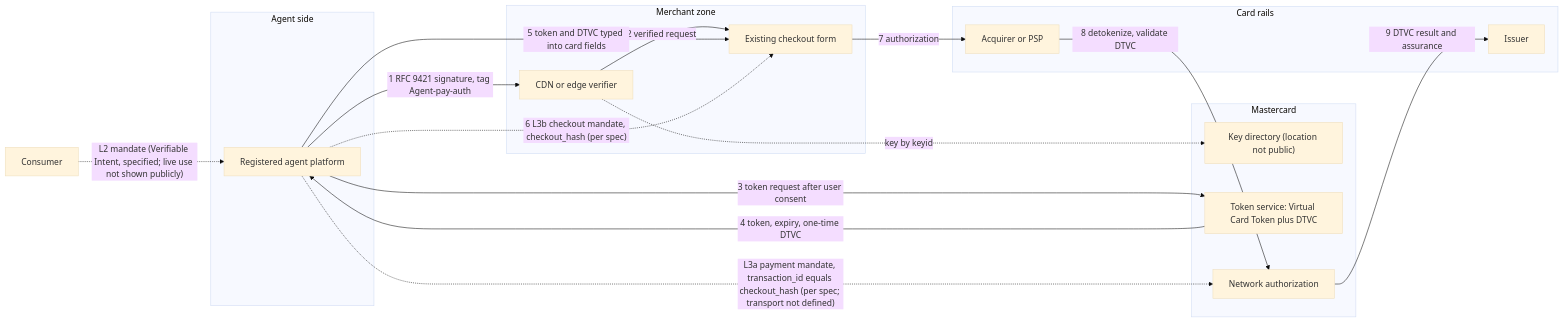
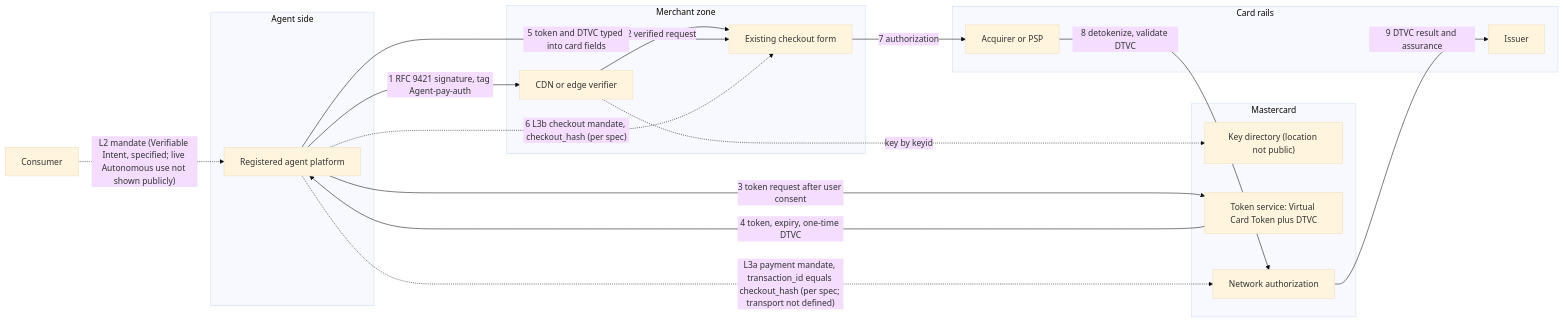
The diagram in src/content/diagrams/multi-mastercard-token-in-checkout-form-context.mmd (mercesAI/agentic-rails-atlas), drawn with Mermaid (base theme) before and after one commit. The commit also changed 314 other files, not shown here.

```diff
--- a/src/content/diagrams/multi-mastercard-token-in-checkout-form-context.mmd
+++ b/src/content/diagrams/multi-mastercard-token-in-checkout-form-context.mmd
@@ -1,30 +1,30 @@
 flowchart LR
   CO["Consumer"]
   subgraph AZ["Agent side"]
     AG["Registered agent platform"]
   end
   subgraph MZ["Merchant zone"]
     ED["CDN or edge verifier"]
     CK["Existing checkout form"]
   end
   subgraph MC["Mastercard"]
     KD["Key directory (location not public)"]
     TS["Token service: Virtual Card Token plus DTVC"]
     NW["Network authorization"]
   end
   subgraph CR["Card rails"]
     AQ["Acquirer or PSP"]
     IS["Issuer"]
   end
-  CO -. "L2 mandate (Verifiable Intent, specified; live use not shown publicly)" .-> AG
+  CO -. "L2 mandate (Verifiable Intent, specified; live Autonomous use not shown publicly)" .-> AG
   AG -- "1 RFC 9421 signature, tag Agent-pay-auth" --> ED
   ED -. "key by keyid" .-> KD
   ED -- "2 verified request" --> CK
   AG -- "3 token request after user consent" --> TS
   TS -- "4 token, expiry, one-time DTVC" --> AG
   AG -- "5 token and DTVC typed into card fields" --> CK
   AG -. "6 L3b checkout mandate, checkout_hash (per spec)" .-> CK
   CK -- "7 authorization" --> AQ
   AQ -- "8 detokenize, validate DTVC" --> NW
   AG -. "L3a payment mandate, transaction_id equals checkout_hash (per spec; transport not defined)" .-> NW
   NW -- "9 DTVC result and assurance" --> IS
```
